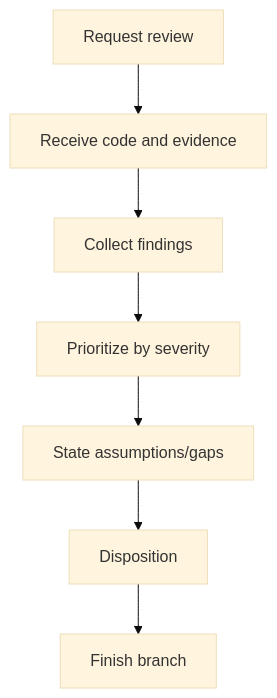
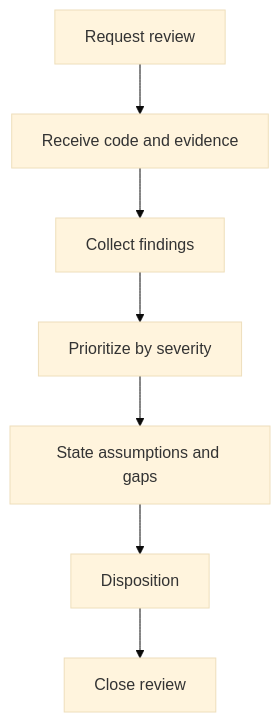
Before and after one commit to nguyenphat57/forge: the diagram in packages/forge-core/workflows/execution/review.md, drawn with Mermaid (base theme). The commit also changed other lines of this file and 59 other files, not shown here.

````diff
--- a/packages/forge-core/workflows/execution/review.md
+++ b/packages/forge-core/workflows/execution/review.md
@@ -31,9 +31,9 @@
 ```mermaid
 flowchart TD
     A[Request review] --> B[Receive code and evidence]
     B --> C[Collect findings]
     C --> D[Prioritize by severity]
-    D --> E[State assumptions/gaps]
+    D --> E[State assumptions and gaps]
     E --> F[Disposition]
-    F --> G[Finish branch]
+    F --> G[Close review]
 ```
````
